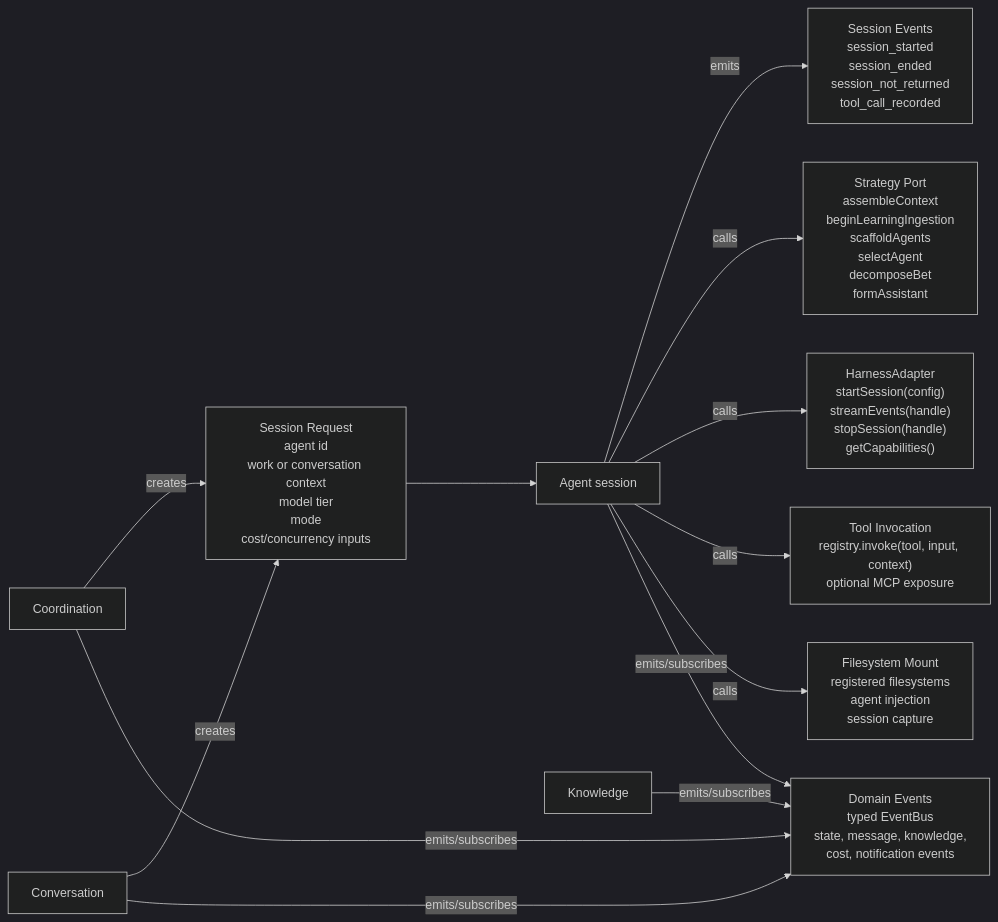
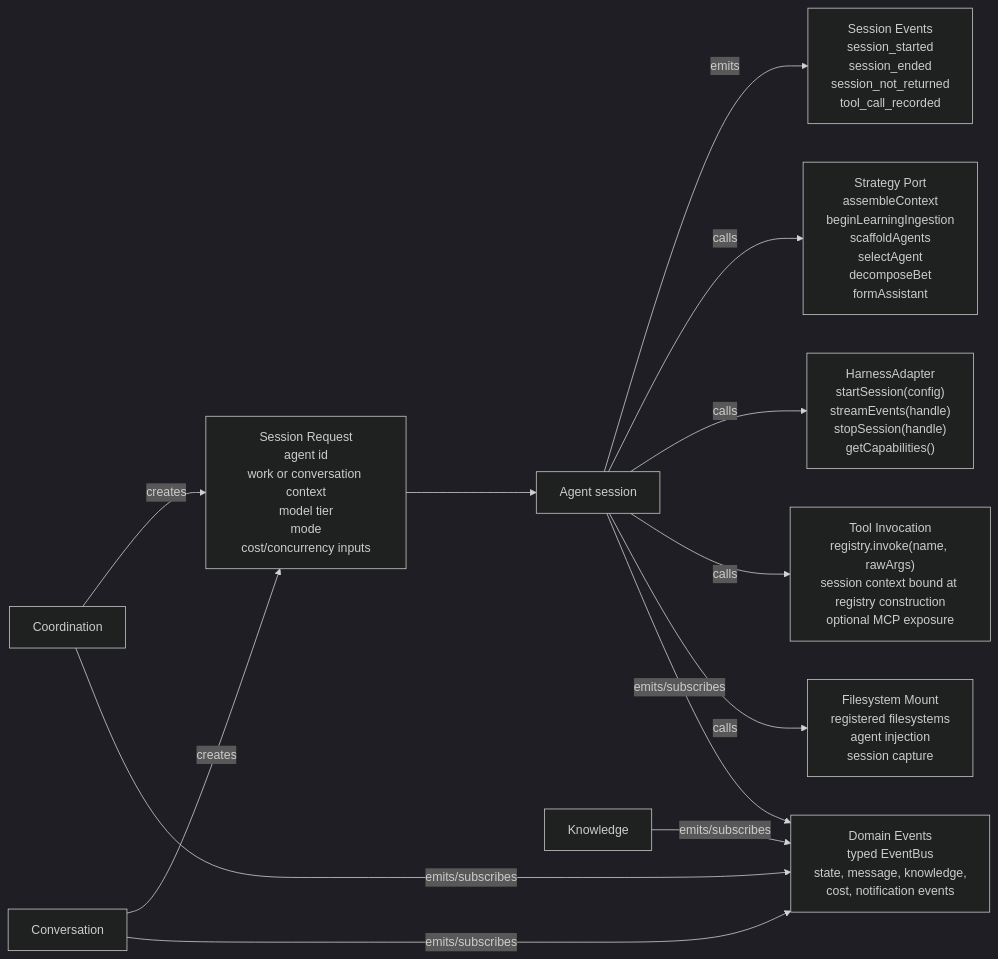
One commit to idle-builders/hyperidle changed the third of 12 diagrams in docs/architecture/as-implemented-domain-architecture.md. Above: the diagram before and after it, drawn with Mermaid (dark theme). The commit also changed other lines of this file and 218 other files, not shown here.

````diff
--- a/docs/architecture/as-implemented-domain-architecture.md
+++ b/docs/architecture/as-implemented-domain-architecture.md
@@ -100,23 +100,23 @@
 ```mermaid
 flowchart LR
   SessionRequest["Session Request\nagent id\nwork or conversation context\nmodel tier\nmode\ncost/concurrency inputs"]
   SessionEvents["Session Events\nsession_started\nsession_ended\nsession_not_returned\ntool_call_recorded"]
   HarnessContract["HarnessAdapter\nstartSession(config)\nstreamEvents(handle)\nstopSession(handle)\ngetCapabilities()"]
   StrategyContract["Strategy Port\nassembleContext\nbeginLearningIngestion\nscaffoldAgents\nselectAgent\ndecomposeBet\nformAssistant"]
-  ToolContract["Tool Invocation\nregistry.invoke(tool, input, context)\noptional MCP exposure"]
+  ToolContract["Tool Invocation\nregistry.invoke(name, rawArgs)\nsession context bound at registry construction\noptional MCP exposure"]
   MountContract["Filesystem Mount\nregistered filesystems\nagent injection\nsession capture"]
   EventContract["Domain Events\ntyped EventBus\nstate, message, knowledge,\ncost, notification events"]
 
   Coordination["Coordination"] -- "creates" --> SessionRequest
   Conversation["Conversation"] -- "creates" --> SessionRequest
   SessionRequest --> Session["Agent session"]
   Session -- "emits" --> SessionEvents
   Session -- "calls" --> StrategyContract
   Session -- "calls" --> HarnessContract
   Session -- "calls" --> ToolContract
   Session -- "calls" --> MountContract
   Coordination -- "emits/subscribes" --> EventContract
   Conversation -- "emits/subscribes" --> EventContract
   Knowledge -- "emits/subscribes" --> EventContract
   Session -- "emits/subscribes" --> EventContract
 ```
````
